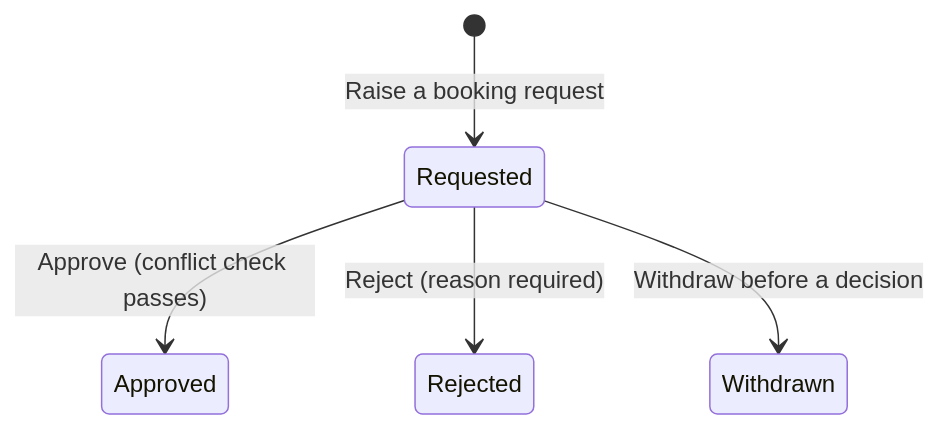
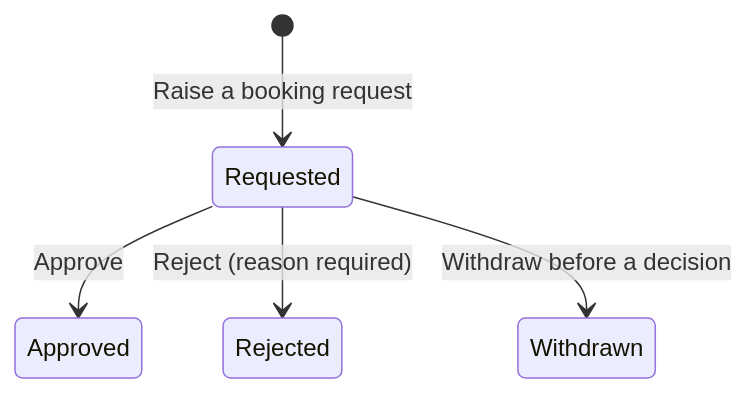
Before and after one commit to darrentiang/IS212-G5-T1: the second of 5 diagrams in docs/design/state-model.md, drawn with Mermaid. The commit also changed other lines of this file and 11 other files, not shown here.

````diff
--- a/docs/design/state-model.md
+++ b/docs/design/state-model.md
@@ -56,7 +59,7 @@
 ```mermaid
 stateDiagram-v2
     [*] --> Requested: Raise a booking request
-    Requested --> Approved: Approve (conflict check passes)
+    Requested --> Approved: Approve
     Requested --> Rejected: Reject (reason required)
     Requested --> Withdrawn: Withdraw before a decision
 ```
````
